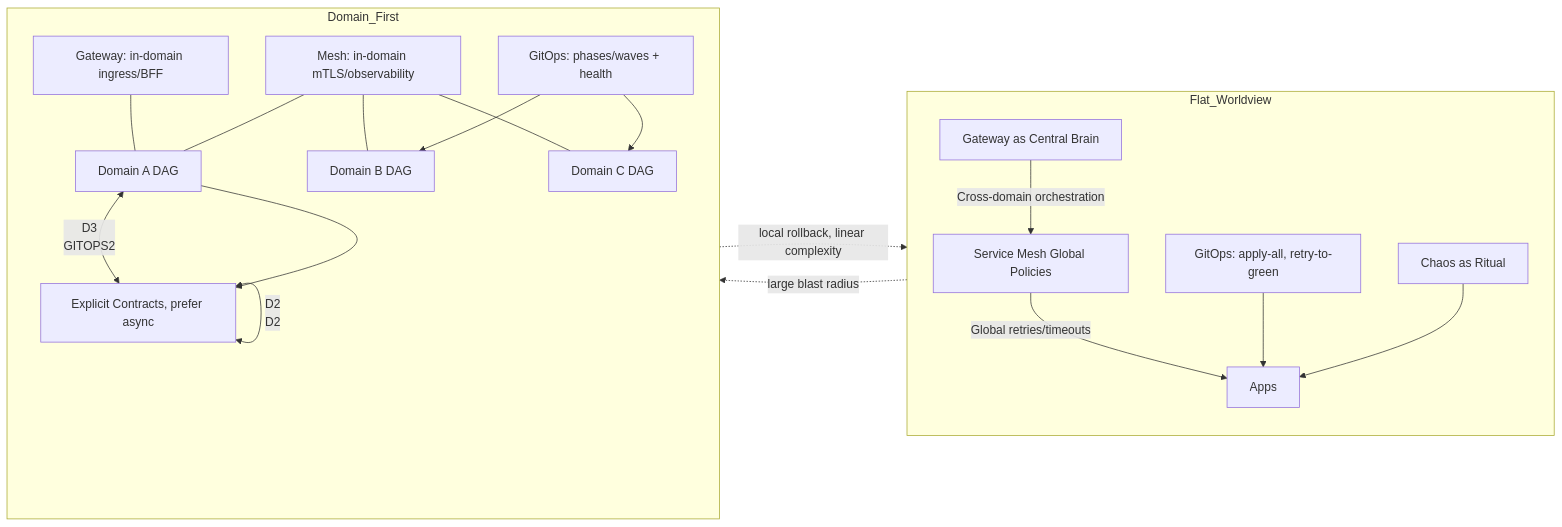
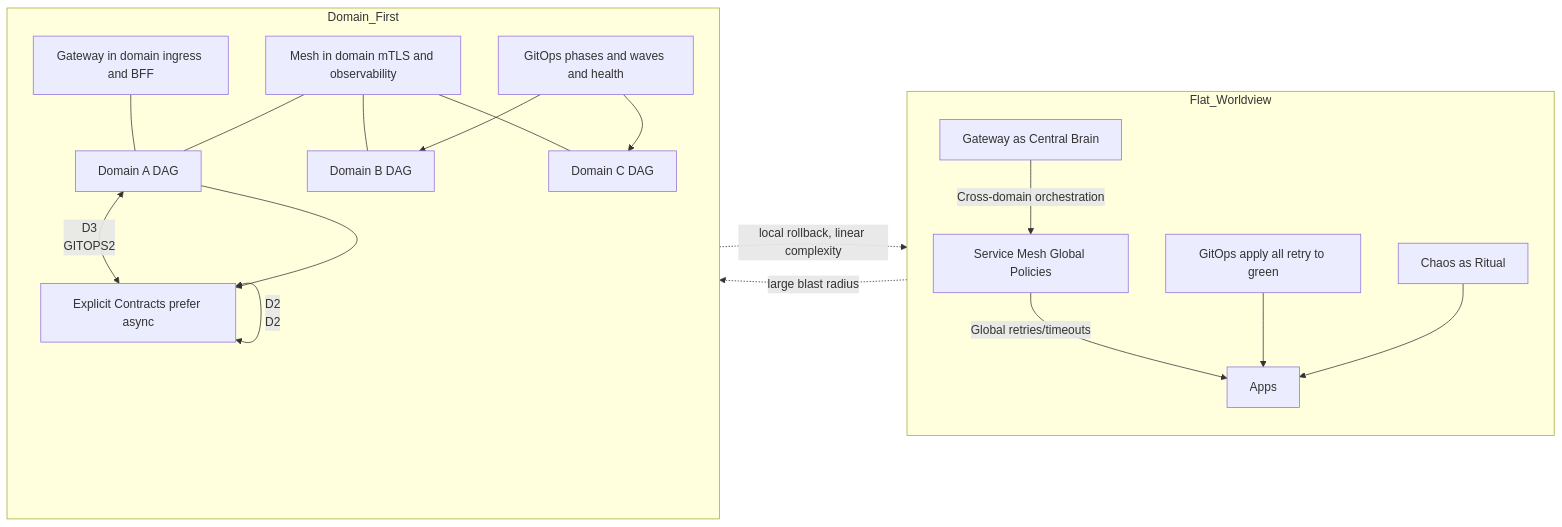
One commit to ondemandenv/ondemandenv.github.io changed the diagram in diagrams/xops-flat-vs-domain-dag.mmd. Above: the diagram before and after it, drawn with Mermaid. The commit also changed 6 other files, not shown here.

```diff
--- a/diagrams/xops-flat-vs-domain-dag.mmd
+++ b/diagrams/xops-flat-vs-domain-dag.mmd
@@ -1,34 +1,34 @@
 flowchart LR
   subgraph Flat_Worldview
     GW[Gateway as Central Brain]
     MESH[Service Mesh Global Policies]
     CHAOS[Chaos as Ritual]
-    GITOPS["GitOps: apply-all, retry-to-green"]
+    GITOPS[GitOps apply all retry to green]
     GW -->|Cross-domain orchestration| MESH
     MESH -->|Global retries/timeouts| APPS[Apps]
     GITOPS --> APPS
     CHAOS --> APPS
   end
 
   subgraph Domain_First
     direction TB
     D1[Domain A DAG]
     D2[Domain B DAG]
     D3[Domain C DAG]
-    CONTRACTS[Explicit Contracts, prefer async]
-    GITOPS2[GitOps: phases/waves + health]
-    MESH2[Mesh: in‑domain mTLS/observability]
-    GW2[Gateway: in‑domain ingress/BFF]
+    CONTRACTS[Explicit Contracts prefer async]
+    GITOPS2[GitOps phases and waves and health]
+    MESH2[Mesh in domain mTLS and observability]
+    GW2[Gateway in domain ingress and BFF]
     D1 --> CONTRACTS <-- D2
     D2 --> CONTRACTS <-- D3
     GITOPS2 --> D1
     GITOPS2 --> D2
     GITOPS2 --> D3
     MESH2 --- D1
     MESH2 --- D2
     MESH2 --- D3
     GW2 --- D1
   end
 
   Flat_Worldview -. large blast radius .-> Domain_First
   Domain_First -. local rollback, linear complexity .-> Flat_Worldview
```
